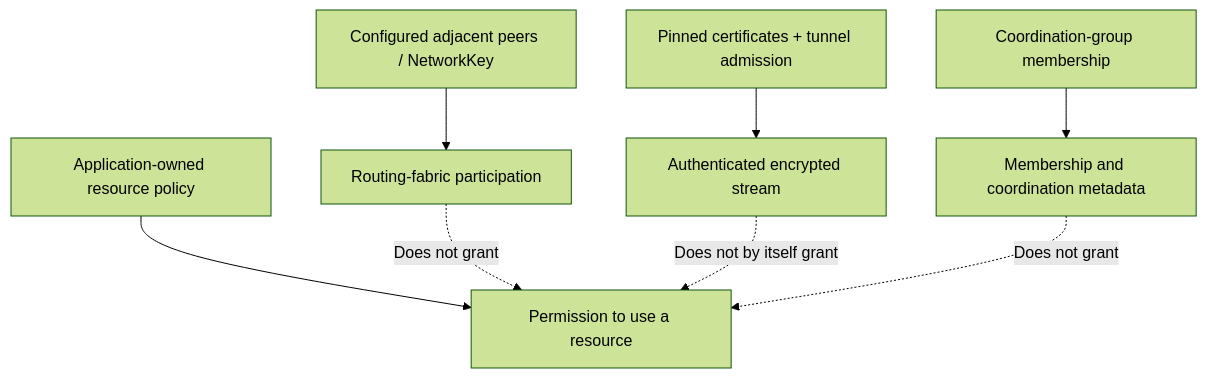
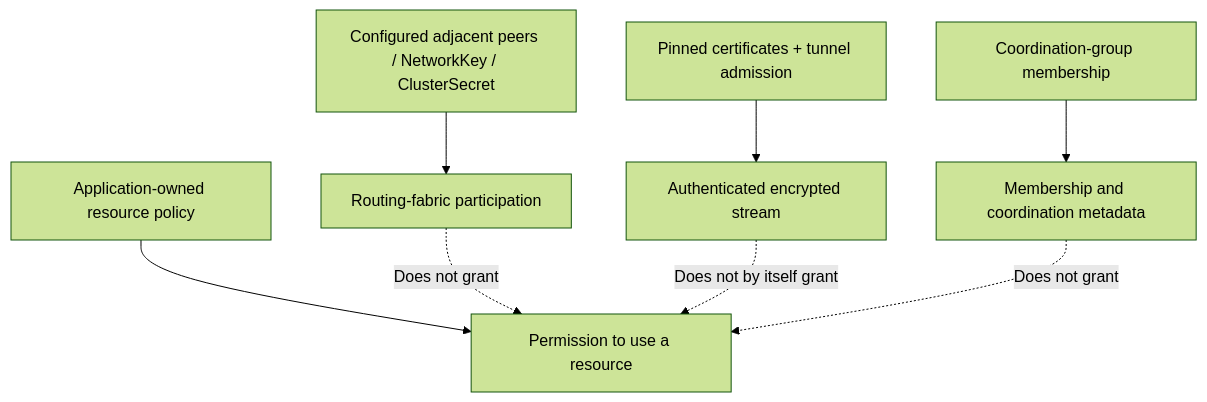
The fourth of 4 diagrams in docs/tunnels-and-security.md (napbat/groupnet), drawn with Mermaid (forest theme) before and after one commit. The commit also changed other lines of this file and 3 other files, not shown here.

Commit message:
docs: cluster secret, and a private network for clusters without one

````diff
--- a/docs/tunnels-and-security.md
+++ b/docs/tunnels-and-security.md
@@ -477,10 +517,10 @@
 ```mermaid
 flowchart TB
-    Neighbor["Configured adjacent peers / NetworkKey"] --> Fabric["Routing-fabric participation"]
+    Neighbor["Configured adjacent peers / NetworkKey / ClusterSecret"] --> Fabric["Routing-fabric participation"]
     Pins["Pinned certificates + tunnel admission"] --> Identity["Authenticated encrypted stream"]
     Policy["Application-owned resource policy"] --> Access["Permission to use a resource"]
     Group["Coordination-group membership"] --> Metadata["Membership and coordination metadata"]
     Fabric -.->|"Does not grant"| Access
     Identity -.->|"Does not by itself grant"| Access
     Metadata -.->|"Does not grant"| Access
 ```
````
